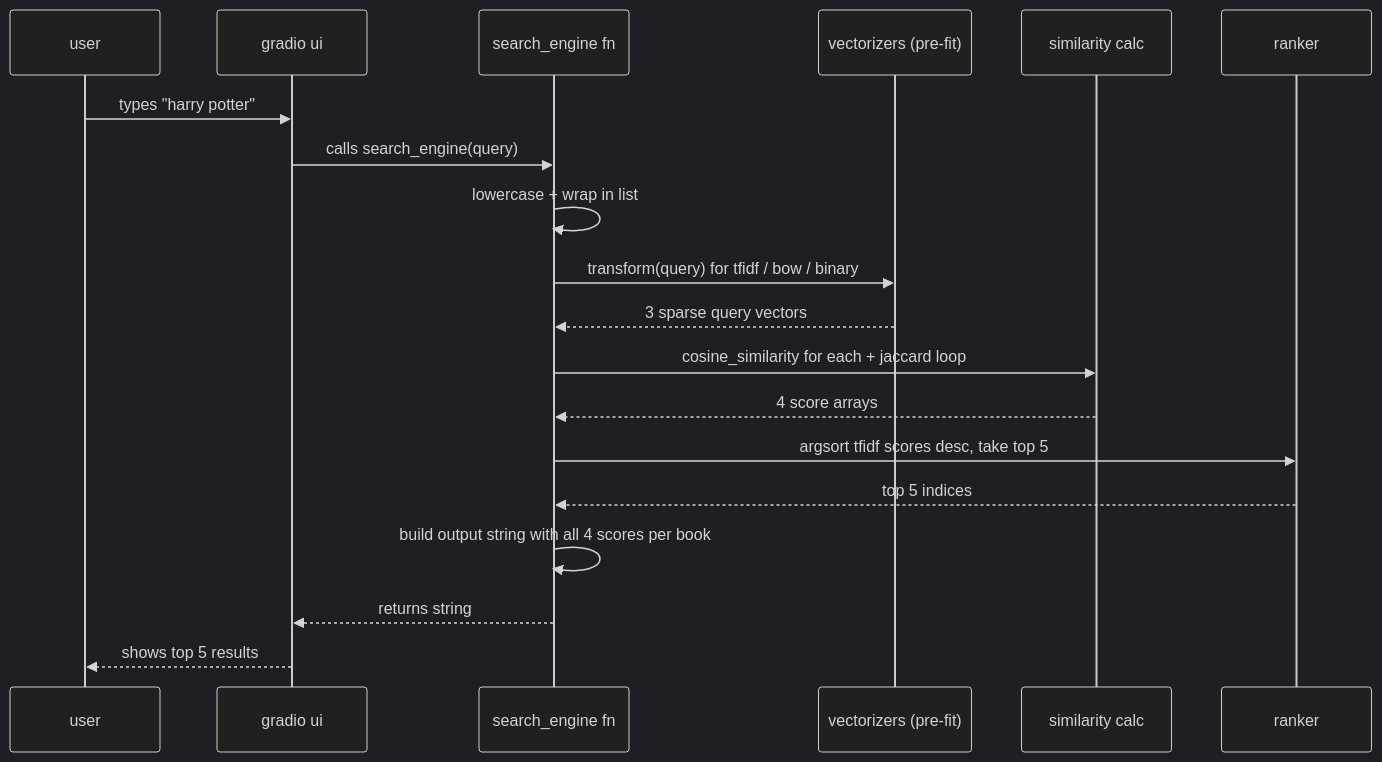
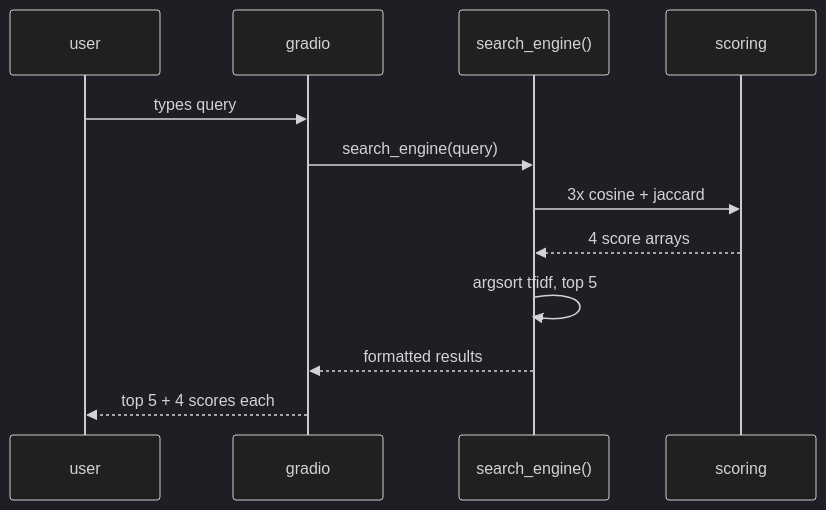
Before and after one commit to hammad8622/goodreads-search-engine: the third of 3 diagrams in README.md, drawn with Mermaid (dark theme). The commit also changed other lines of this file and 6 other files, not shown here.

````diff
--- a/README.md
+++ b/README.md
@@ -239,22 +141,14 @@
 ```mermaid
 sequenceDiagram
     participant U as user
-    participant G as gradio ui
-    participant F as search_engine fn
-    participant V as vectorizers (pre-fit)
-    participant S as similarity calc
-    participant R as ranker
-
-    U->>G: types "harry potter"
-    G->>F: calls search_engine(query)
-    F->>F: lowercase + wrap in list
-    F->>V: transform(query) for tfidf / bow / binary
-    V-->>F: 3 sparse query vectors
-    F->>S: cosine_similarity for each + jaccard loop
+    participant G as gradio
+    participant F as search_engine()
+    participant S as scoring
+    U->>G: types query
+    G->>F: search_engine(query)
+    F->>S: 3x cosine + jaccard
     S-->>F: 4 score arrays
-    F->>R: argsort tfidf scores desc, take top 5
-    R-->>F: top 5 indices
-    F->>F: build output string with all 4 scores per book
-    F-->>G: returns string
-    G-->>U: shows top 5 results
+    F->>F: argsort tfidf, top 5
+    F-->>G: formatted results
+    G-->>U: top 5 + 4 scores each
 ```
````
